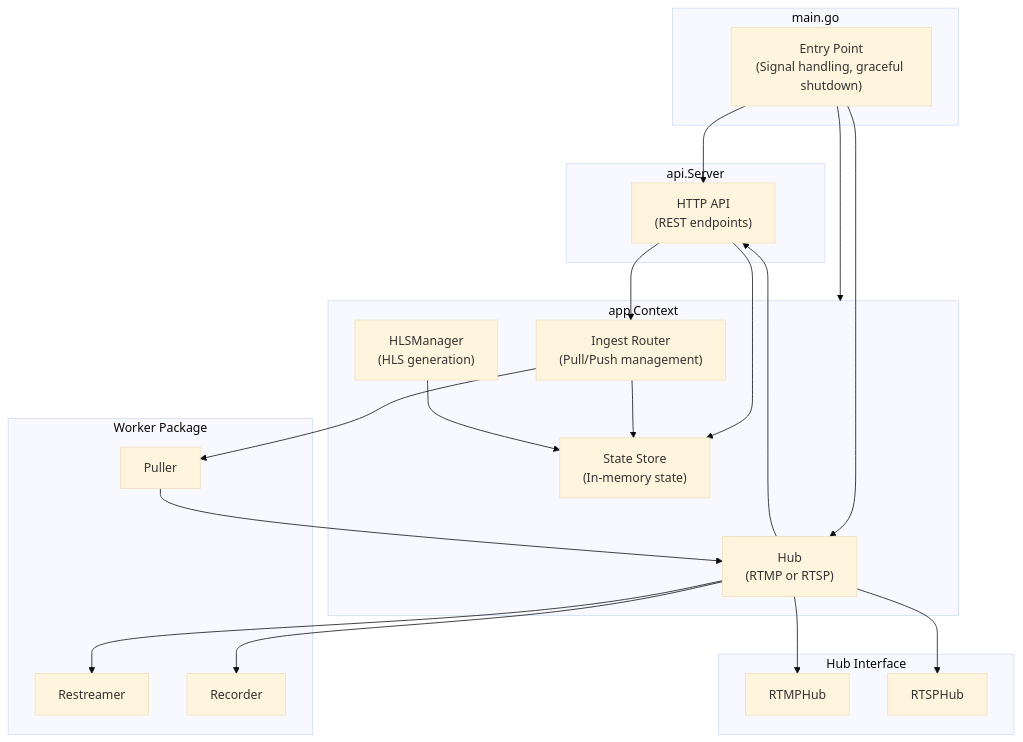
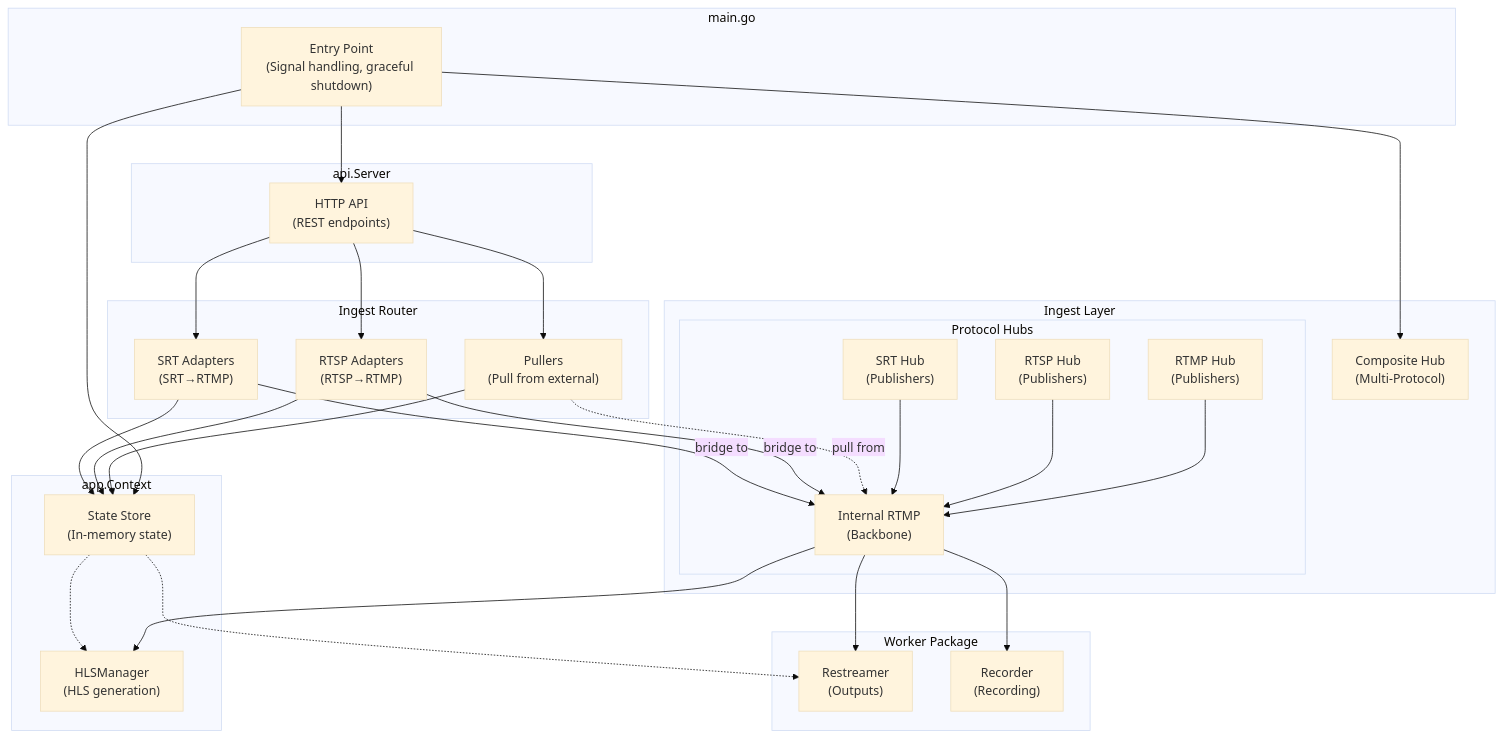
One commit to krsna1729/go-mls changed the first of 13 diagrams in docs/architecture.md. Above: the diagram before and after it, drawn with Mermaid (base theme). The commit also changed other lines of this file and 2 other files, not shown here.

````diff
--- a/docs/architecture.md
+++ b/docs/architecture.md
@@ -20,43 +21,57 @@
 ```mermaid
 flowchart TB
     subgraph main["main.go"]
         A["Entry Point<br/>(Signal handling, graceful shutdown)"]
     end
     
+    subgraph ingest["Ingest Layer"]
+        B["Composite Hub<br/>(Multi-Protocol)"]
+        subgraph hubs["Protocol Hubs"]
+            B1["RTMP Hub<br/>(Publishers)"]
+            B2["RTSP Hub<br/>(Publishers)"]
+            B3["SRT Hub<br/>(Publishers)"]
+            B4["Internal RTMP<br/>(Backbone)"]
+        end
+    end
+    
+    subgraph routing["Ingest Router"]
+        C1["Pullers<br/>(Pull from external)"]
+        C2["RTSP Adapters<br/>(RTSP→RTMP)"]
+        C3["SRT Adapters<br/>(SRT→RTMP)"]
+    end
+    
     subgraph app["app.Context"]
-        B["Hub<br/>(RTMP or RTSP)"]
-        C["Ingest Router<br/>(Pull/Push management)"]
         D["HLSManager<br/>(HLS generation)"]
         E["State Store<br/>(In-memory state)"]
     end
     
     subgraph api["api.Server"]
         F["HTTP API<br/>(REST endpoints)"]
     end
     
-    subgraph hub["Hub Interface"]
-        G["RTMPHub"]
-        H["RTSPHub"]
-    end
-    
     subgraph workers["Worker Package"]
-        I["Puller"]
-        J["Restreamer"]
-        K["Recorder"]
+        G["Restreamer<br/>(Outputs)"]
+        H["Recorder<br/>(Recording)"]
     end
     
     A --> F
     A --> B
-    A --> app
-    F --> C
-    F --> E
-    C --> I
-    C --> E
-    B --> F
-    B --> G
-    B --> H
-    I --> B
-    B --> J
-    B --> K
-    D --> E
+    A --> E
+    F --> C1
+    F --> C2
+    F --> C3
+    C1 --> E
+    C2 --> E
+    C3 --> E
+    B1 --> B4
+    B2 --> B4
+    B3 --> B4
+    C1 -.->|pull from| B4
+    C2 -->|bridge to| B4
+    C3 -->|bridge to| B4
+    B4 --> G
+    B4 --> H
+    B4 --> D
+    E -.-> G
+    E -.-> D
 ```
````
